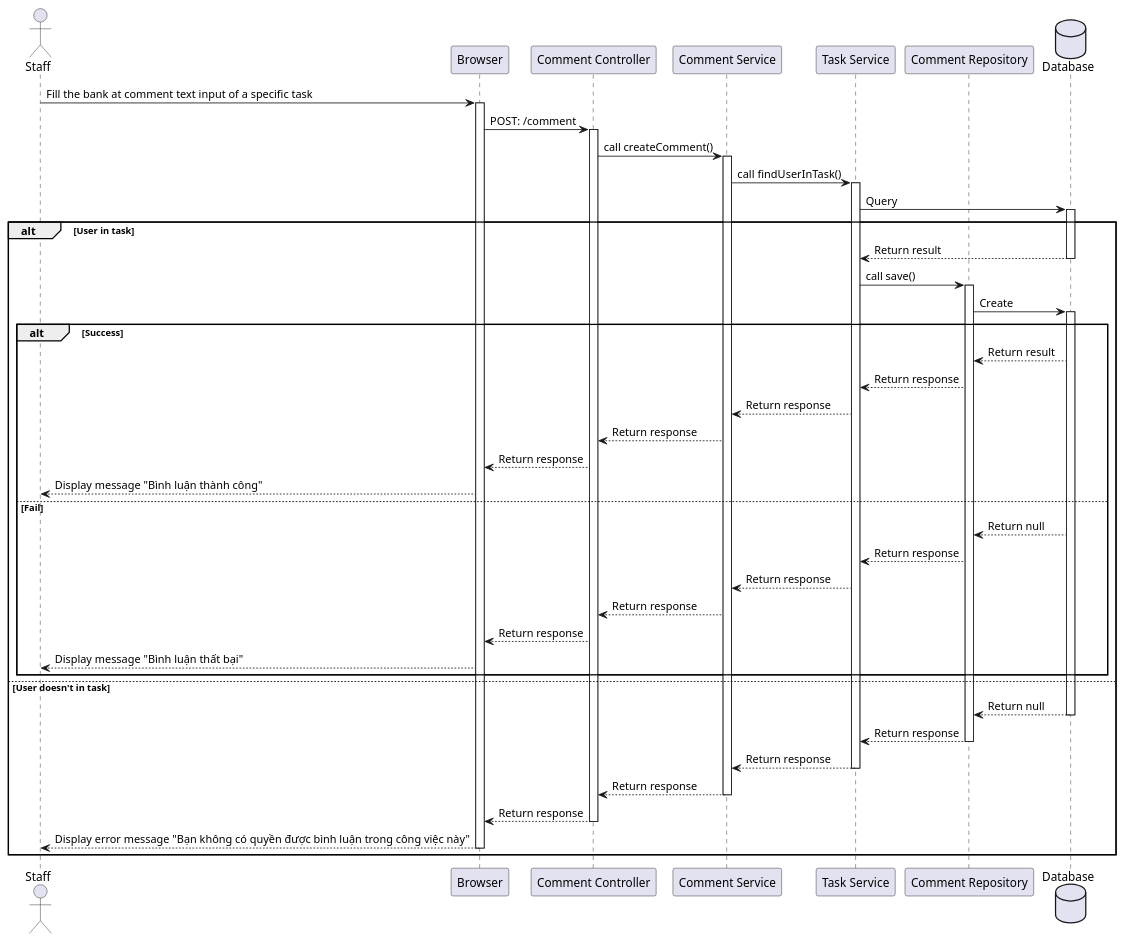
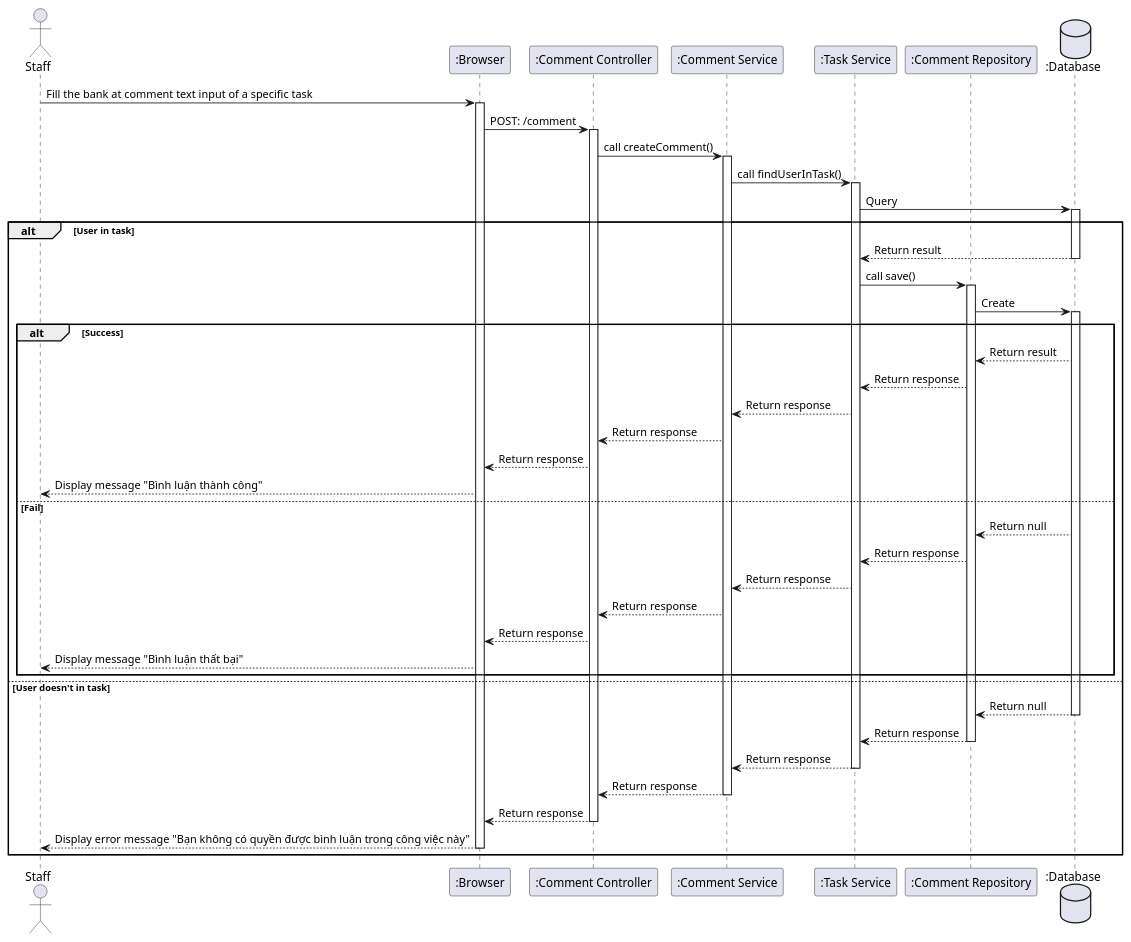
The diagram in docs/staff/createComment.plantuml (ngthanhtuung/ema-server), drawn with PlantUML before and after one commit. The commit also changed 42 other files, not shown here.

```diff
--- a/docs/staff/createComment.plantuml
+++ b/docs/staff/createComment.plantuml
@@ -1,42 +1,42 @@
 @startuml
 actor Staff as user
-participant Browser as a
-participant "Comment Controller" as b
-participant "Comment Service" as c
-participant "Task Service" as d
-participant "Comment Repository" as e
-database Database as f
+participant ":Browser" as a
+participant ":Comment Controller" as b
+participant ":Comment Service" as c
+participant ":Task Service" as d
+participant ":Comment Repository" as e
+database ":Database" as f
 
 user -> a++: Fill the bank at comment text input of a specific task
 a -> b++: POST: /comment
 b -> c++: call createComment()
 c -> d++: call findUserInTask()
 d -> f++: Query
 alt User in task
     f --> d--: Return result
     d -> e++: call save()
     e -> f++: Create
     alt Success
         f --> e: Return result
         e --> d: Return response
         d --> c: Return response
         c --> b: Return response
         b --> a: Return response
         a --> user: Display message "Bình luận thành công"
     else Fail
          f --> e: Return null
          e --> d: Return response
          d --> c: Return response
          c --> b: Return response
          b --> a: Return response
          a --> user: Display message "Bình luận thất bại"
     end
 else User doesn't in task
     f --> e--: Return null
     e --> d--: Return response
     d --> c--: Return response
     c --> b--: Return response
     b --> a--: Return response
     a --> user--: Display error message "Bạn không có quyền được bình luận trong công việc này"
 end
 @enduml
```
